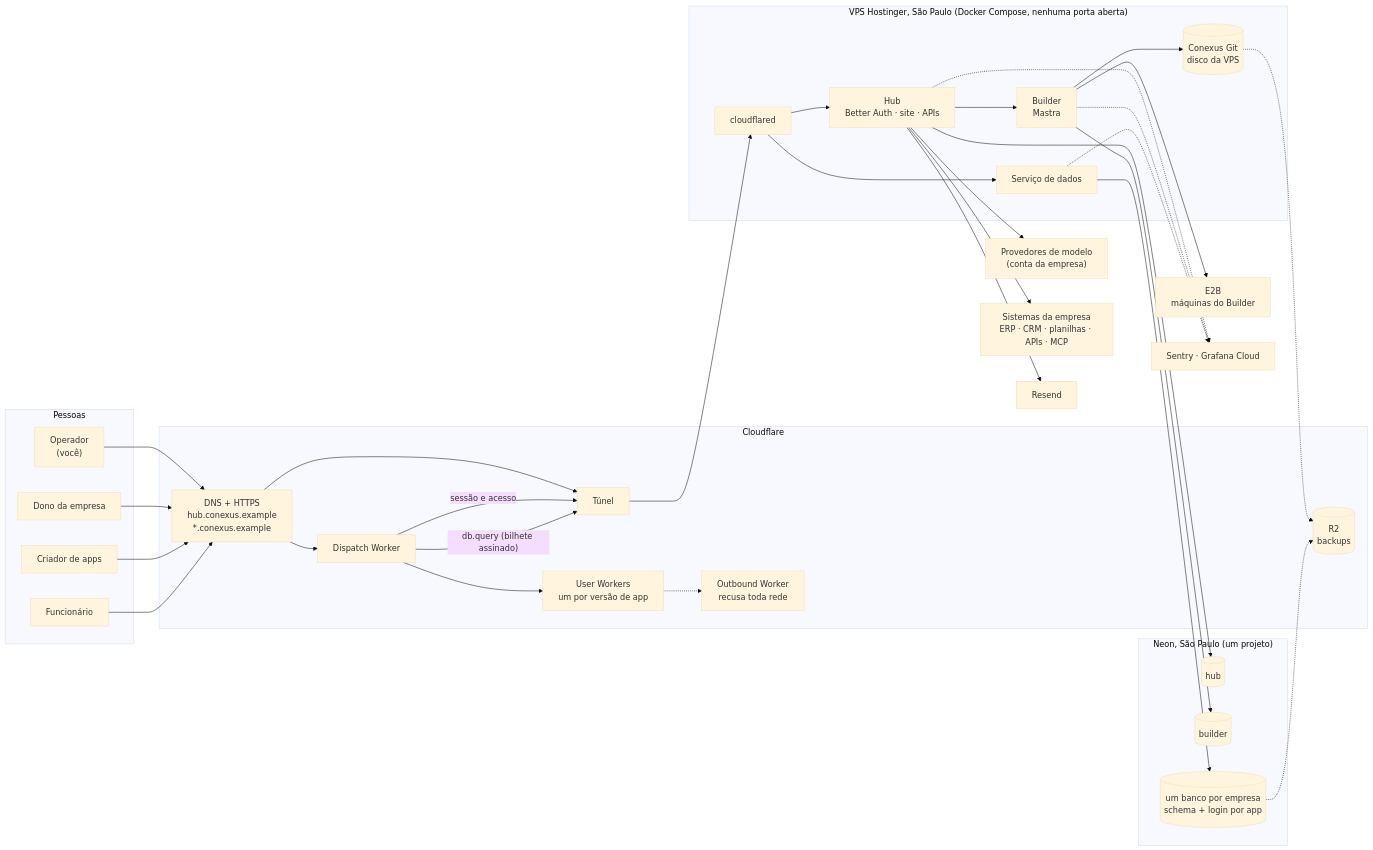
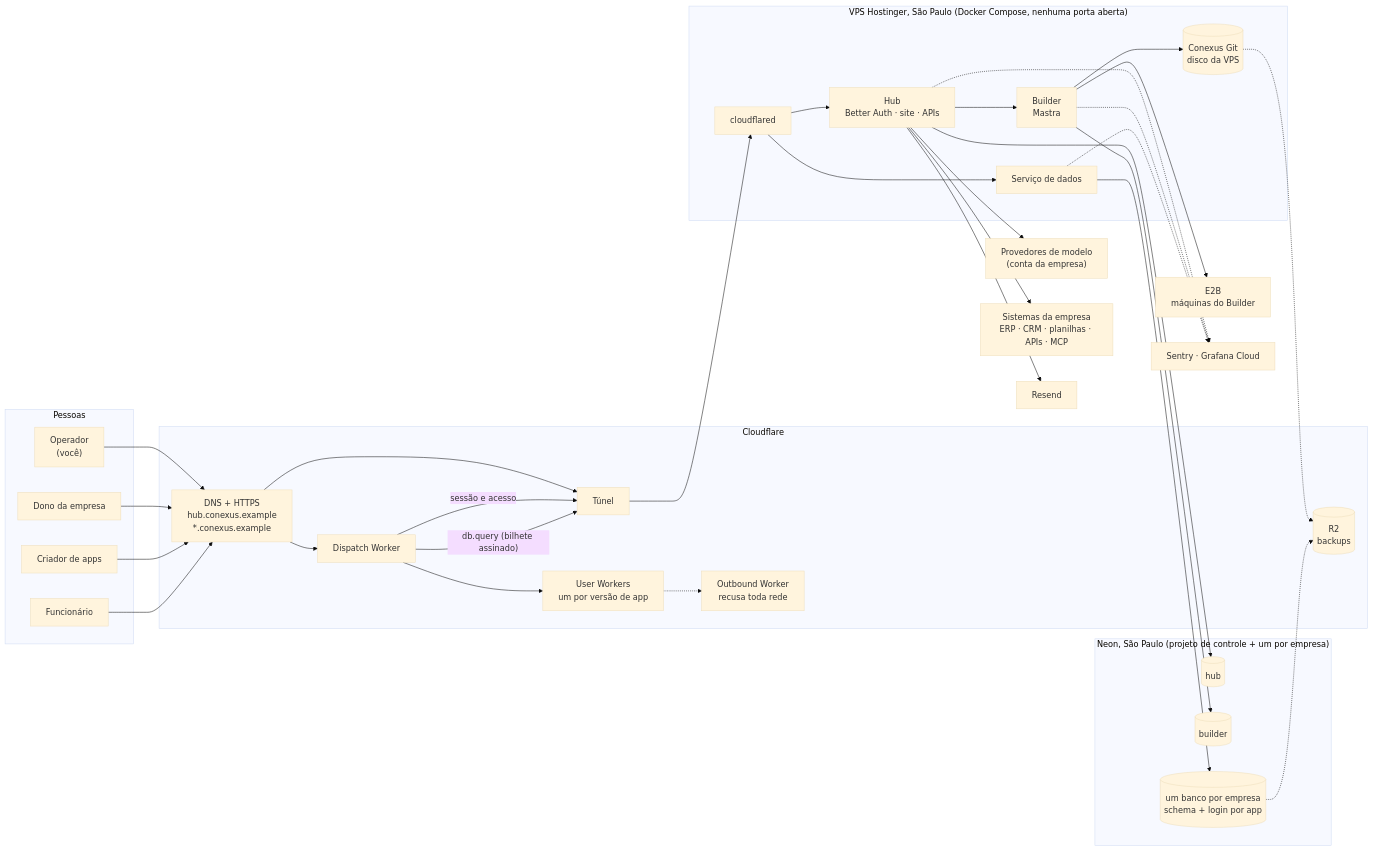
Before and after one commit to developmentconexus-ops/conexus-os: the first of 8 diagrams in docs/research/architecture/target-design.md, drawn with Mermaid (base theme). The commit also changed other lines of this file and 8 other files, not shown here.

````diff
--- a/docs/research/architecture/target-design.md
+++ b/docs/research/architecture/target-design.md
@@ -92,55 +92,55 @@
 ```mermaid
 flowchart LR
   subgraph people["Pessoas"]
     op["Operador<br/>(você)"]
     owner["Dono da empresa"]
     creator["Criador de apps"]
     emp["Funcionário"]
   end
   subgraph cf["Cloudflare"]
     dns["DNS + HTTPS<br/>hub.conexus.example<br/>*.conexus.example"]
     dispatch["Dispatch Worker"]
     userw["User Workers<br/>um por versão de app"]
     outbound["Outbound Worker<br/>recusa toda rede"]
     tunnel["Túnel"]
     r2[("R2<br/>backups")]
   end
   subgraph vps["VPS Hostinger, São Paulo (Docker Compose, nenhuma porta aberta)"]
     cfd["cloudflared"]
     hub["Hub<br/>Better Auth · site · APIs"]
     builder["Builder<br/>Mastra"]
     data["Serviço de dados"]
     git[("Conexus Git<br/>disco da VPS")]
   end
-  subgraph neon["Neon, São Paulo (um projeto)"]
+  subgraph neon["Neon, São Paulo (projeto de controle + um por empresa)"]
     hubdb[("hub")]
     builderdb[("builder")]
     codb[("um banco por empresa<br/>schema + login por app")]
   end
   e2b["E2B<br/>máquinas do Builder"]
   models["Provedores de modelo<br/>(conta da empresa)"]
   erp["Sistemas da empresa<br/>ERP · CRM · planilhas · APIs · MCP"]
   mail["Resend"]
   obs["Sentry · Grafana Cloud"]
   op & owner & creator --> dns
   emp --> dns
   dns --> tunnel --> cfd
   dns --> dispatch --> userw
   userw -.-> outbound
   cfd --> hub
   cfd --> data
   dispatch -- "sessão e acesso" --> tunnel
   dispatch -- "db.query (bilhete assinado)" --> tunnel
   hub --> builder
   hub --> hubdb
   builder --> builderdb
   builder --> git
   builder --> e2b
   hub --> models
   hub --> erp
   hub --> mail
   data --> codb
   hub & builder & data -.-> obs
   git -.-> r2
   codb -.-> r2
 ```
````
